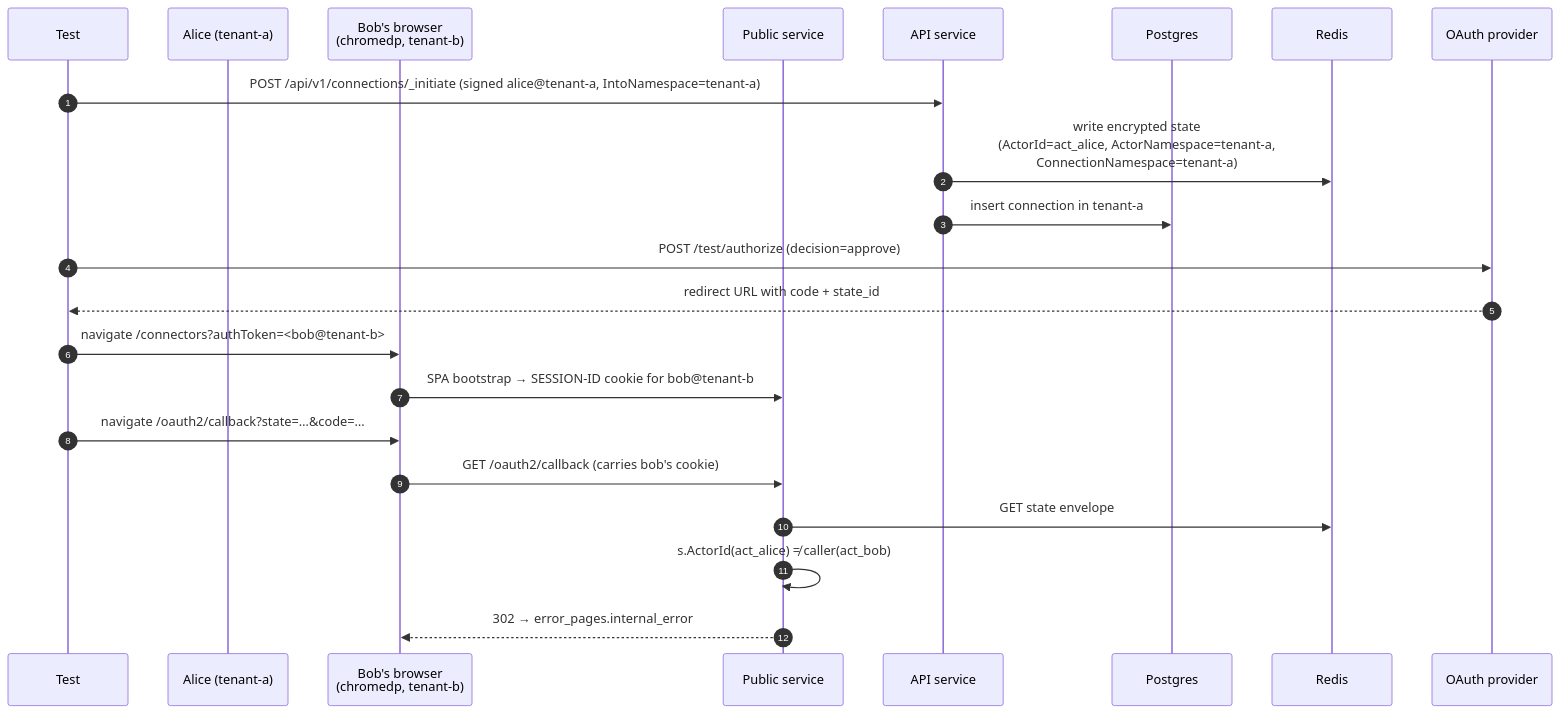
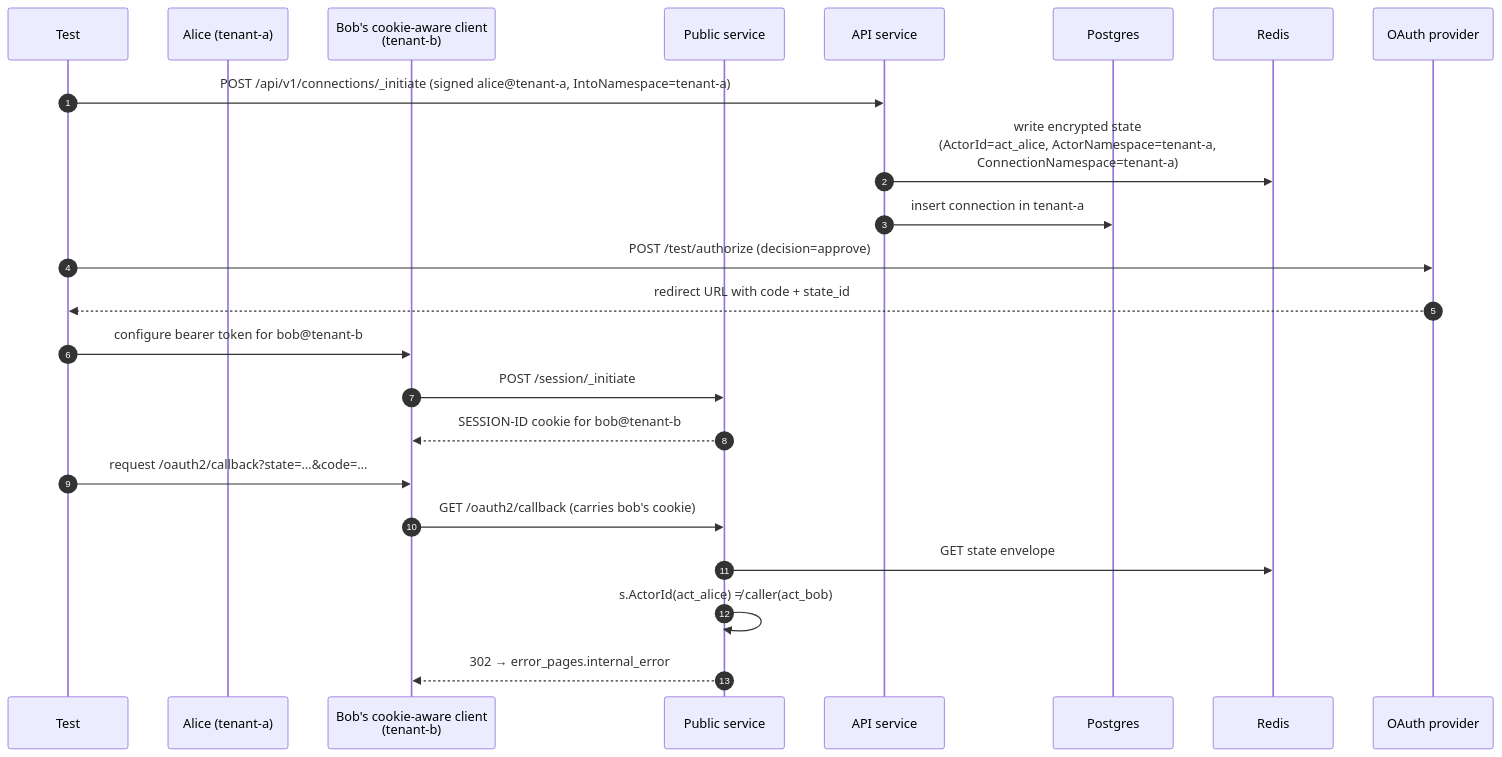
Before and after one commit to rmorlok/authproxy: the first of 2 diagrams in integration_tests/oauth2/callback_cross_namespace_test.md, drawn with Mermaid. The commit also changed other lines of this file and 13 other files, not shown here.

````diff
--- a/integration_tests/oauth2/callback_cross_namespace_test.md
+++ b/integration_tests/oauth2/callback_cross_namespace_test.md
@@ -155,28 +153,29 @@
 ```mermaid
 sequenceDiagram
     autonumber
     participant T as Test
     participant ATK as Alice (tenant-a)
-    participant VIC as Bob's browser<br/>(chromedp, tenant-b)
+    participant VIC as Bob's cookie-aware client<br/>(tenant-b)
     participant PUB as Public service
     participant API as API service
     participant DB as Postgres
     participant R as Redis
     participant P as OAuth provider
 
     T->>API: POST /api/v1/connections/_initiate (signed alice@tenant-a, IntoNamespace=tenant-a)
     API->>R: write encrypted state<br/>(ActorId=act_alice, ActorNamespace=tenant-a,<br/>ConnectionNamespace=tenant-a)
     API->>DB: insert connection in tenant-a
 
     T->>P: POST /test/authorize (decision=approve)
     P-->>T: redirect URL with code + state_id
 
-    T->>VIC: navigate /connectors?authToken=<bob@tenant-b>
-    VIC->>PUB: SPA bootstrap → SESSION-ID cookie for bob@tenant-b
+    T->>VIC: configure bearer token for bob@tenant-b
+    VIC->>PUB: POST /session/_initiate
+    PUB-->>VIC: SESSION-ID cookie for bob@tenant-b
 
-    T->>VIC: navigate /oauth2/callback?state=…&code=…
+    T->>VIC: request /oauth2/callback?state=…&code=…
     VIC->>PUB: GET /oauth2/callback (carries bob's cookie)
     PUB->>R: GET state envelope
     PUB->>PUB: s.ActorId(act_alice) ≠ caller(act_bob)
     PUB-->>VIC: 302 → error_pages.internal_error
 ```
````
